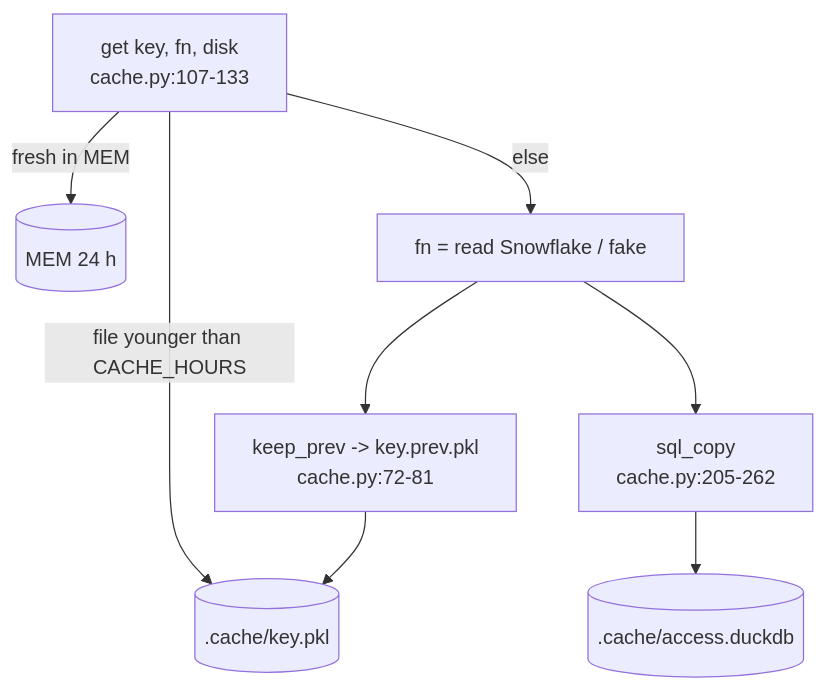
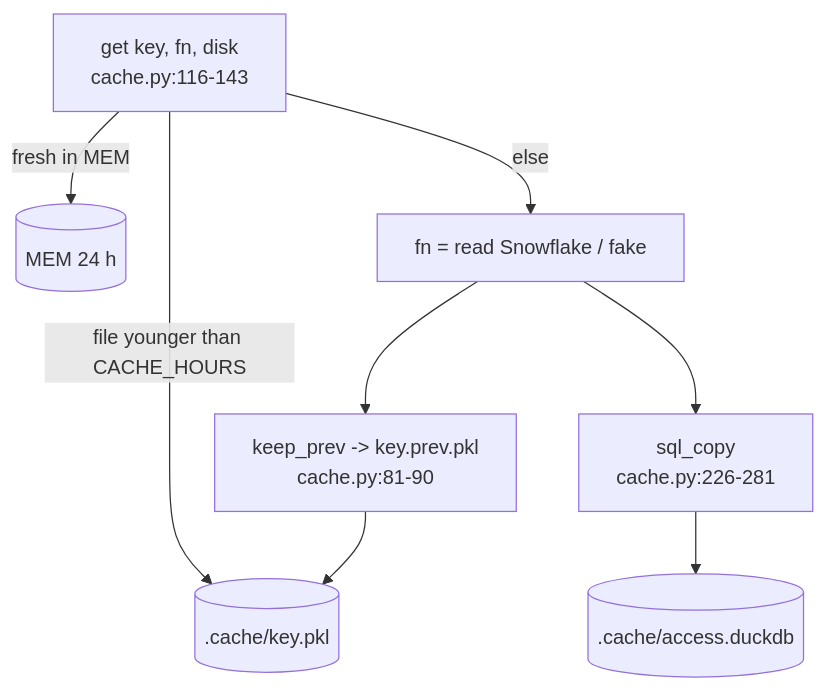
One commit to darshanmeel/snowflake-access-explorer changed the diagram in snowflake-access-explorer-knowledge-graph/modules/cache.md. Above: the diagram before and after it, drawn with Mermaid. The commit also changed other lines of this file and 79 other files, not shown here.

Commit message:
Knowledge graph: STATEMENT_TIMEOUT, WORKERS, ACTIVITY, HIERARCHY, progress lines, shared ACCESS_HISTORY read, procedure batching; node lines re-synced

````diff
--- a/snowflake-access-explorer-knowledge-graph/modules/cache.md
+++ b/snowflake-access-explorer-knowledge-graph/modules/cache.md
@@ -6,10 +6,10 @@
 ```mermaid
 flowchart TD
-  G[get key, fn, disk<br/>cache.py:107-133] -->|fresh in MEM| M[(MEM 24 h)]
+  G[get key, fn, disk<br/>cache.py:116-143] -->|fresh in MEM| M[(MEM 24 h)]
   G -->|file younger than CACHE_HOURS| P[(.cache/key.pkl)]
   G -->|else| FN[fn = read Snowflake / fake]
-  FN --> SQ[sql_copy<br/>cache.py:205-262]
-  FN --> KP[keep_prev -> key.prev.pkl<br/>cache.py:72-81]
+  FN --> SQ[sql_copy<br/>cache.py:226-281]
+  FN --> KP[keep_prev -> key.prev.pkl<br/>cache.py:81-90]
   KP --> P
   SQ --> D[(.cache/access.duckdb)]
 ```
````
